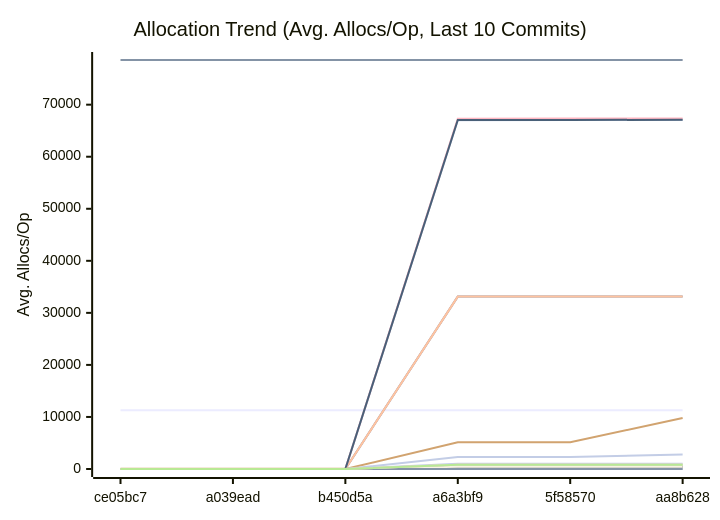
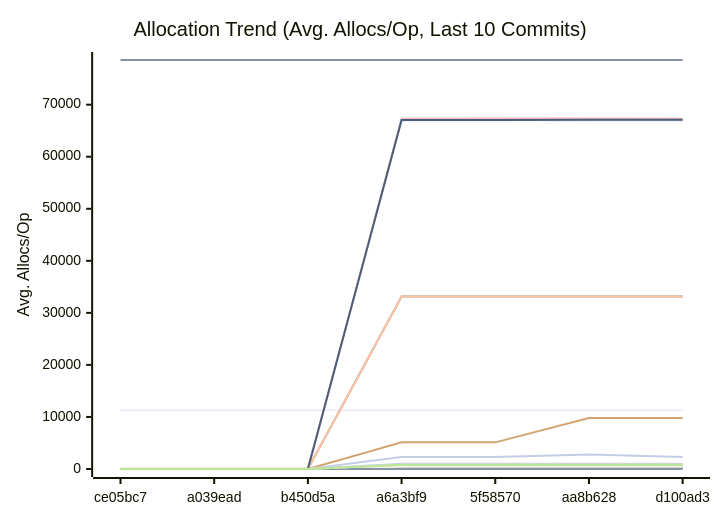
The third of 3 diagrams in docs/PERFORMANCE.md (alsotoes/momo), drawn with Mermaid before and after one commit. The commit also changed other lines of this file and 4 other files, not shown here.

````diff
--- a/docs/PERFORMANCE.md
+++ b/docs/PERFORMANCE.md
@@ -348,42 +348,42 @@
 ```mermaid
 xychart-beta
     title "Allocation Trend (Avg. Allocs/Op, Last 10 Commits)"
     x-axis "Commit"
     y-axis "Avg. Allocs/Op"
-    x-axis [ce05bc7,a039ead,b450d5a,a6a3bf9,5f58570,aa8b628]
-    line "AWSChunkedReaderSigned" [11282,11296,11273,11277,11286,11294,11299,11270,11296,11298]
-    line "AWSChunkedReaderUnsigned" [78563,78568,78577,78572,78577,78583,78586,78564,78579,78585]
+    x-axis [ce05bc7,a039ead,b450d5a,a6a3bf9,5f58570,aa8b628,d100ad3]
+    line "AWSChunkedReaderSigned" [11282,11296,11273,11277,11286,11294,11299,11270,11296,11367]
+    line "AWSChunkedReaderUnsigned" [78563,78568,78577,78572,78577,78583,78586,78564,78579,78745]
     line "CheckMetricsAndSwap" [0,0,0,0,0,0,0,0,0,0]
     line "CrushOptimized" [0,0,0,0,0,0,0,0,0,0]
     line "CrushOriginal" [3,3,3,3,3,3,3,3,3,3]
     line "FormatListObjectsV2XML_AppendFormat" [0,0,0,16,16,16,16,16,16,16]
     line "FormatListObjectsV2XML_OldFormat" [0,0,0,1000,1000,1000,1000,1000,1000,1000]
     line "HashBytes/1MiB" [0,0,0,64,64,64,64,64,64,64]
     line "HashBytes/256MiB" [0,0,0,64,64,64,64,64,64,64]
     line "HashBytes/64MiB" [0,0,0,64,64,64,64,64,64,64]
     line "HashFile/1MiB" [0,0,0,33128,33128,33128,33128,33128,33112,33128]
     line "HashFile/256MiB" [0,0,0,33128,33128,33128,33128,33128,33128,33128]
     line "HashFile/64MiB" [0,0,0,33128,33128,33128,33128,33128,33128,33128]
     line "IndexDirectTracking" [0,0,0,0,0,0,0,0,0,0]
     line "IndexSearch" [0,0,0,0,0,0,0,0,0,0]
     line "LoadGlobalConfig" [54,54,54,58,58,58,58,58,58,58]
-    line "LocalWrite/1MiB" [0,0,0,67030,67032,67032,67030,67028,67031,67030]
-    line "LocalWrite/256MiB" [0,0,0,67292,67348,67326,67317,67268,67358,67333]
-    line "LocalWrite/64MiB" [0,0,0,67046,67073,67085,67097,67071,67089,67087]
+    line "LocalWrite/1MiB" [0,0,0,67030,67032,67032,67030,67028,67031,67037]
+    line "LocalWrite/256MiB" [0,0,0,67292,67348,67326,67317,67268,67358,67518]
+    line "LocalWrite/64MiB" [0,0,0,67046,67073,67085,67097,67071,67089,67157]
     line "PadString" [1,1,1,1,1,1,1,1,1,1]
     line "ParseReplicationOrder_NoPrealloc" [6,6,6,6,6,5,5,5,5,5]
     line "ParseReplicationOrder_Prealloc" [2,2,2,2,2,1,1,1,1,1]
     line "Placement" [0,0,0,6,6,6,6,6,6,6]
     line "PlacementDomainSpread" [0,0,0,6,6,6,6,6,6,6]
-    line "ReadVerify/1MiB" [0,0,0,435,464,436,459,457,458,466]
-    line "ReadVerify/256MiB" [0,0,0,5120,5120,9808,9808,5120,5120,5120]
-    line "ReadVerify/64MiB" [0,0,0,2307,2307,2776,2307,2307,1994,2776]
-    line "S3PutSpool/1MiB" [0,0,0,447,447,447,447,447,448,447]
+    line "ReadVerify/1MiB" [0,0,0,435,464,436,459,457,458,483]
+    line "ReadVerify/256MiB" [0,0,0,5120,5120,9808,9808,5120,5120,9808]
+    line "ReadVerify/64MiB" [0,0,0,2307,2307,2776,2307,2307,1994,3557]
+    line "S3PutSpool/1MiB" [0,0,0,447,447,447,447,447,448,448]
     line "S3PutSpool/256MiB" [0,0,0,448,448,448,448,448,448,448]
     line "S3PutSpool/64MiB" [0,0,0,448,448,448,448,448,448,448]
     line "SanitizeLog/Safe" [0,0,0,0,0,0,0,0,0,0]
     line "SanitizeLog/Unsafe" [1,1,1,1,1,1,1,1,1,1]
     line "TrustedRead/1MiB" [0,0,0,800,800,800,800,825,800,800]
     line "TrustedRead/256MiB" [0,0,0,800,800,800,800,800,800,800]
     line "TrustedRead/64MiB" [0,0,0,800,800,800,800,800,800,800]
 ```
````
